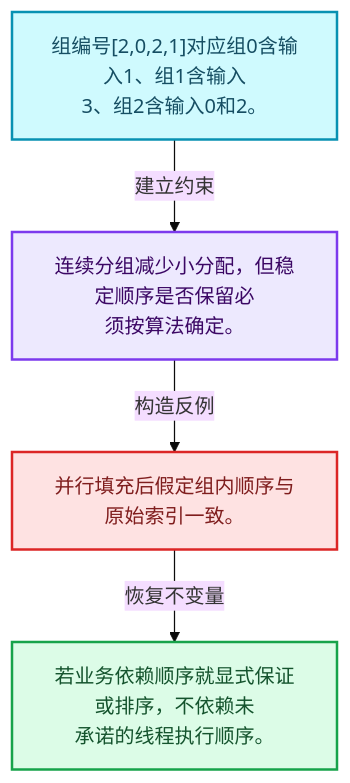
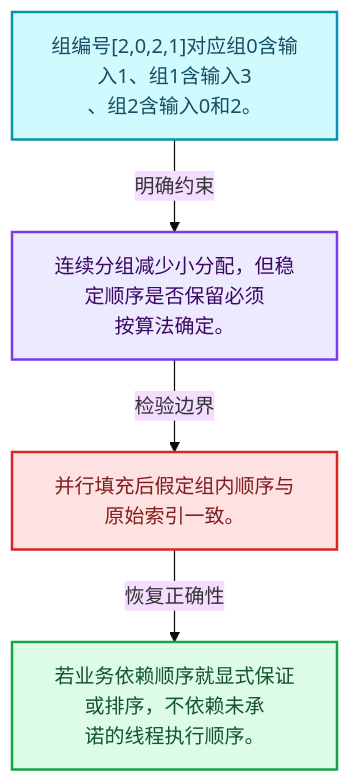
One commit to yunkezengren/blender-.vscode changed the first of 4 diagrams in 杂/markdown/全面学习-codex/05-几何存储与拓扑映射/07-分组访问与反向索引.md. Above: the diagram before and after it, drawn with Mermaid (base theme). The commit also changed other lines of this file and 1930 other files, not shown here.

````diff
--- a/杂/markdown/全面学习-codex/05-几何存储与拓扑映射/07-分组访问与反向索引.md
+++ b/杂/markdown/全面学习-codex/05-几何存储与拓扑映射/07-分组访问与反向索引.md
@@ -29,16 +29,16 @@
 ```mermaid
 flowchart TB
-  M["组编号[2,0,2,1]对应组0含输入1、组1含输入<br/>3、组2含输入0和2。"]:::data
-  T["连续分组减少小分配，但稳定顺序是否保留必<br/>须按算法确定。"]:::abstraction
-  X["并行填充后假定组内顺序与原始索引一致。"]:::error
-  A["若业务依赖顺序就显式保证或排序，不依赖未<br/>承诺的线程执行顺序。"]:::result
-  M -->|"建立约束"| T
-  T -->|"构造反例"| X
-  X -->|"恢复不变量"| A
+  M["组编号[2,0,2,1]对应组0含输入1、组1含输入3<br/>、组2含输入0和2。"]:::data
+  C["连续分组减少小分配，但稳定顺序是否保留必须<br/>按算法确定。"]:::abstraction
+  B["并行填充后假定组内顺序与原始索引一致。"]:::error
+  R["若业务依赖顺序就显式保证或排序，不依赖未承<br/>诺的线程执行顺序。"]:::result
+  M -->|"明确约束"| C
+  C -->|"检验边界"| B
+  B -->|"恢复正确性"| R
   classDef input fill:#DBEAFE,stroke:#2563EB,color:#172554,stroke-width:2px;
   classDef data fill:#CFFAFE,stroke:#0891B2,color:#164E63,stroke-width:2px;
   classDef abstraction fill:#EDE9FE,stroke:#7C3AED,color:#3B0764,stroke-width:2px;
   classDef compute fill:#FEF3C7,stroke:#D97706,color:#78350F,stroke-width:2px;
   classDef result fill:#DCFCE7,stroke:#16A34A,color:#14532D,stroke-width:2px;
   classDef error fill:#FEE2E2,stroke:#DC2626,color:#7F1D1D,stroke-width:2px;
 ```
````
